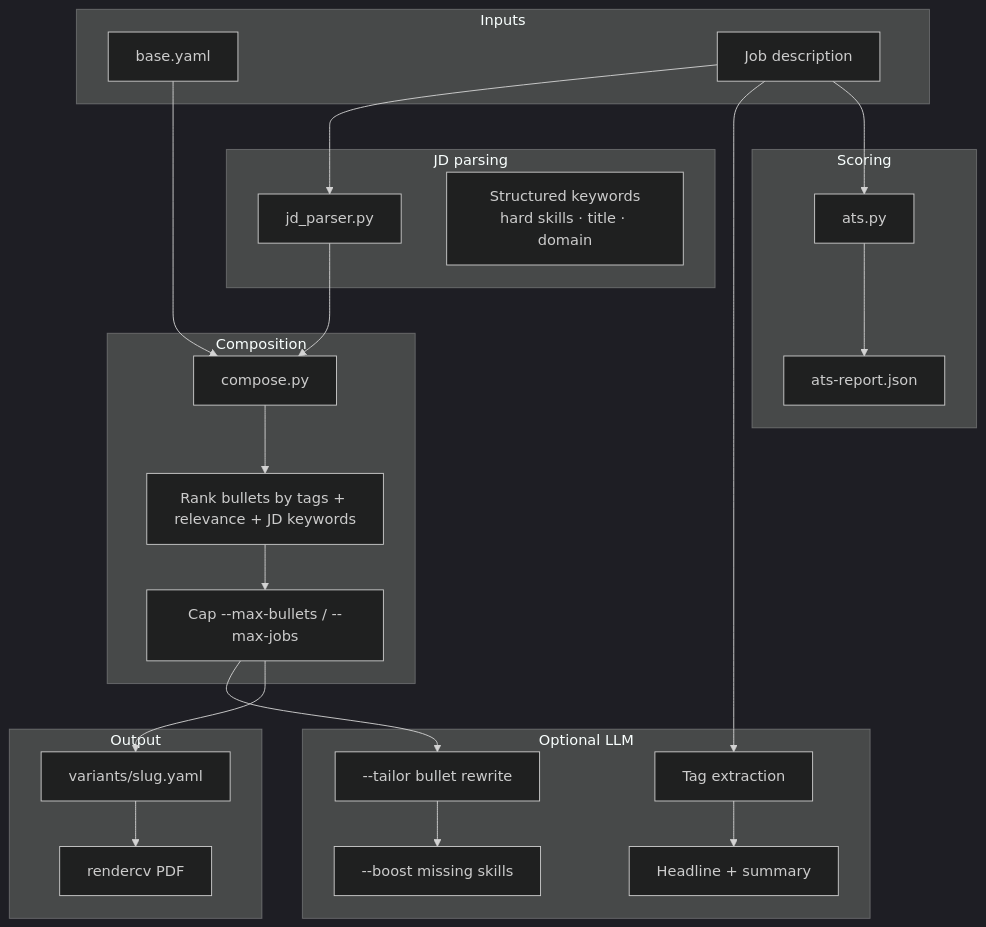
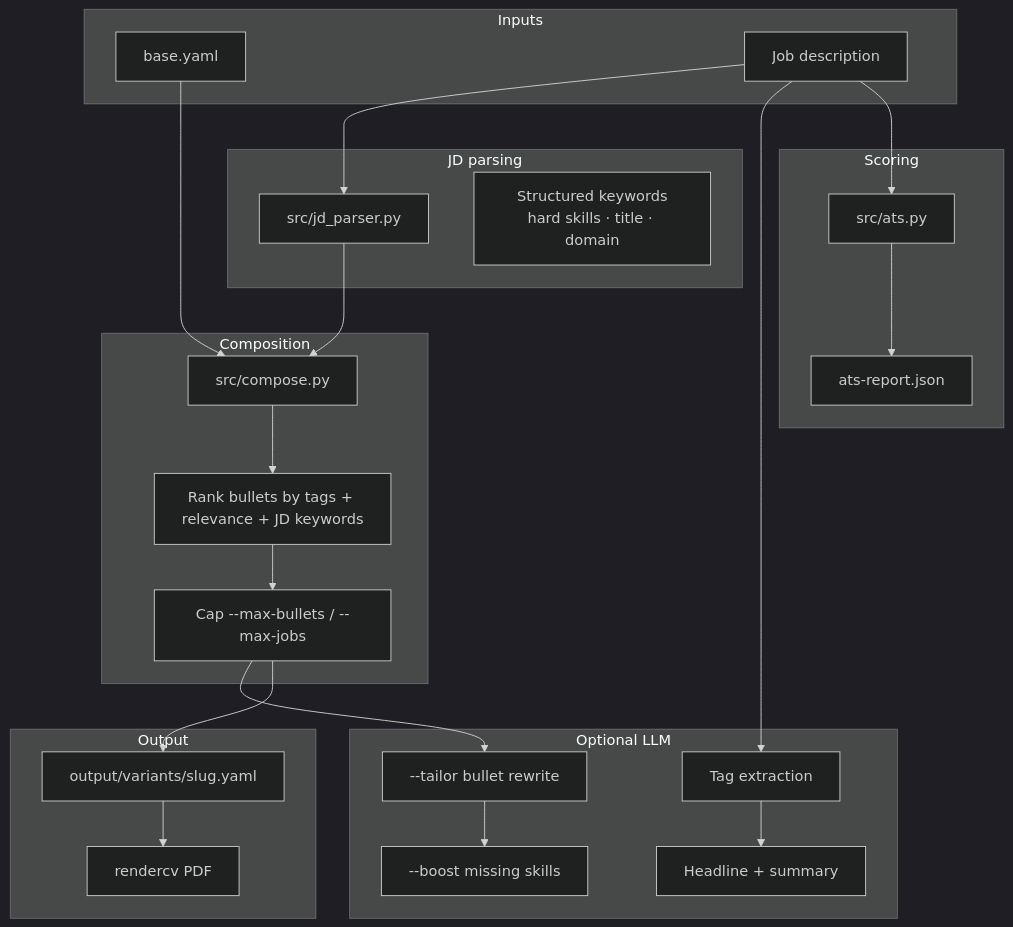
Before and after one commit to jxjwilliam/resume-generator: the diagram in docs/resume-quality-pipeline.md, drawn with Mermaid (dark theme). The commit also changed 1 other file, not shown here.

Commit message:
update overview

````diff
--- a/docs/resume-quality-pipeline.md
+++ b/docs/resume-quality-pipeline.md
@@ -12,44 +12,44 @@
 ```mermaid
 flowchart TB
     subgraph input [Inputs]
         BY["base.yaml"]
         JD["Job description"]
     end
 
     subgraph parse [JD parsing]
-        JP["jd_parser.py"]
+        JP["src/jd_parser.py"]
         JA["Structured keywords<br/>hard skills · title · domain"]
     end
 
     subgraph compose [Composition]
-        CP["compose.py"]
+        CP["src/compose.py"]
         RK["Rank bullets by tags + relevance + JD keywords"]
         CAP["Cap --max-bullets / --max-jobs"]
     end
 
     subgraph llm [Optional LLM]
         TAGS["Tag extraction"]
         HL["Headline + summary"]
         TAILOR["--tailor bullet rewrite"]
         BOOST["--boost missing skills"]
     end
 
     subgraph score [Scoring]
-        ATS["ats.py"]
+        ATS["src/ats.py"]
         RPT["ats-report.json"]
     end
 
     subgraph output [Output]
-        VAR["variants/slug.yaml"]
+        VAR["output/variants/slug.yaml"]
         PDF["rendercv PDF"]
     end
 
     BY --> CP
     JD --> JP --> CP
     CP --> RK --> CAP
     JD --> TAGS
     TAGS --> HL
     CAP --> TAILOR --> BOOST
     CAP --> VAR --> PDF
     JD --> ATS --> RPT
 ```
````
